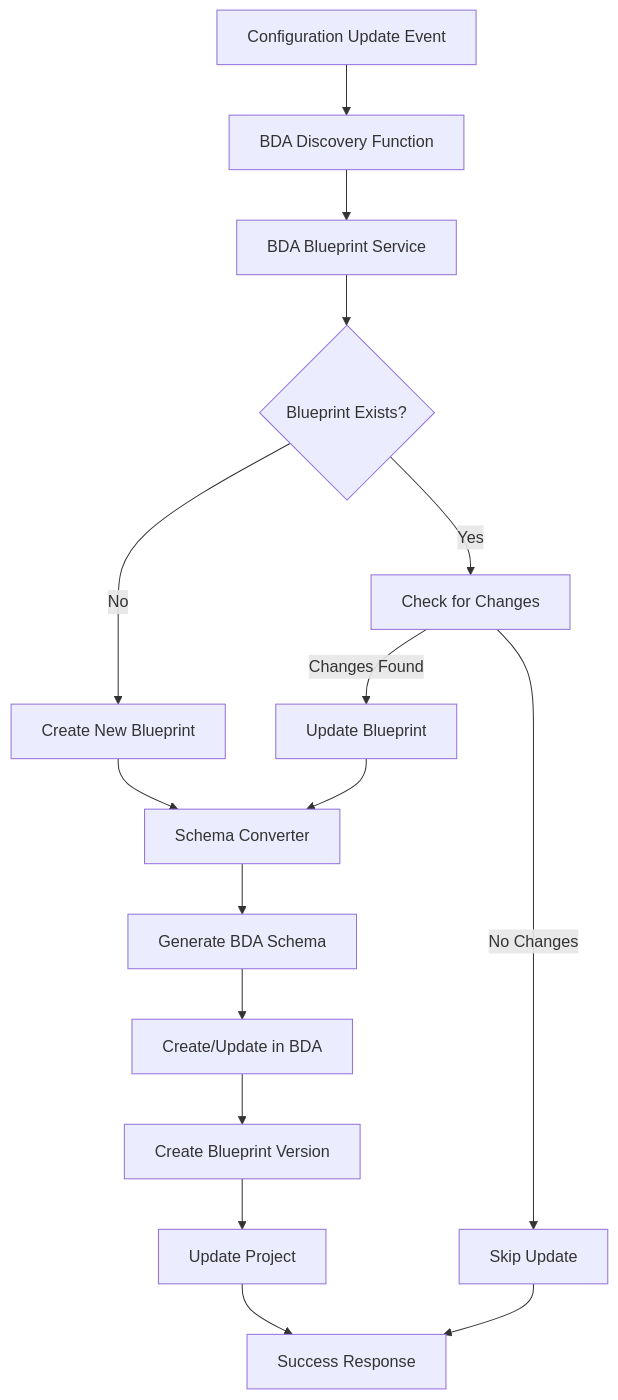
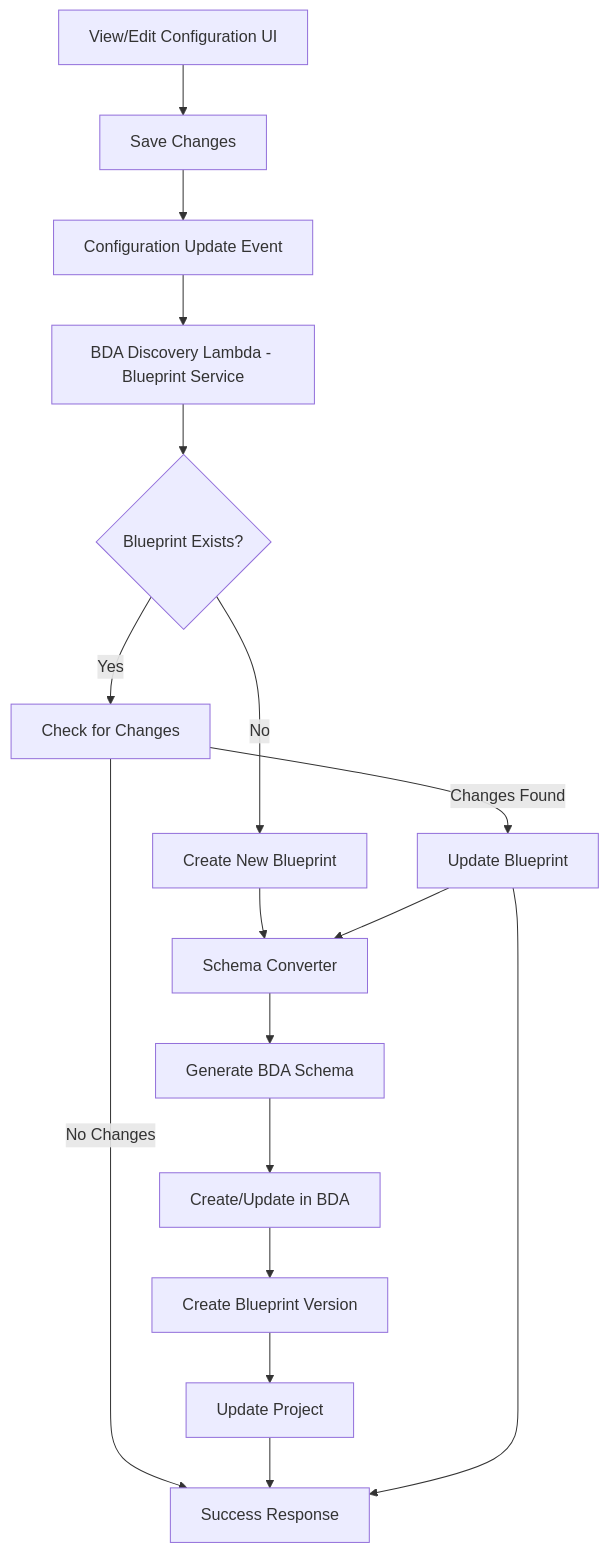
Before and after one commit to ssu-vtl/accelerated-intelligent-document-processing-on-aws: the second of 2 diagrams in docs/discovery.md, drawn with Mermaid. The commit also changed other lines of this file, not shown here.

````diff
--- a/docs/discovery.md
+++ b/docs/discovery.md
@@ -223,18 +222,19 @@
 ```mermaid
 graph TD
-    A[Configuration Update Event] --> B[BDA Discovery Function]
-    B --> C[BDA Blueprint Service]
-    C --> D{Blueprint Exists?}
-    D -->|Yes| E[Check for Changes]
-    D -->|No| F[Create New Blueprint]
-    E -->|Changes Found| G[Update Blueprint]
-    E -->|No Changes| H[Skip Update]
-    F --> I[Schema Converter]
-    G --> I
+    A[View/Edit Configuration UI] --> B[Save Changes]
+    B --> C[Configuration Update Event]
+    C --> D[BDA Discovery Lambda - Blueprint Service]
+    D --> E{Blueprint Exists?}
+    E -->|Yes| F[Check for Changes]
+    E -->|No| G[Create New Blueprint]
+    F -->|Changes Found| H[Update Blueprint]
+    F -->|No Changes| N[Skip Update]
+    G --> I[Schema Converter]
+    H --> I[Schema Converter]
     I --> J[Generate BDA Schema]
     J --> K[Create/Update in BDA]
     K --> L[Create Blueprint Version]
     L --> M[Update Project]
     M --> N[Success Response]
     H --> N
 ```
````
